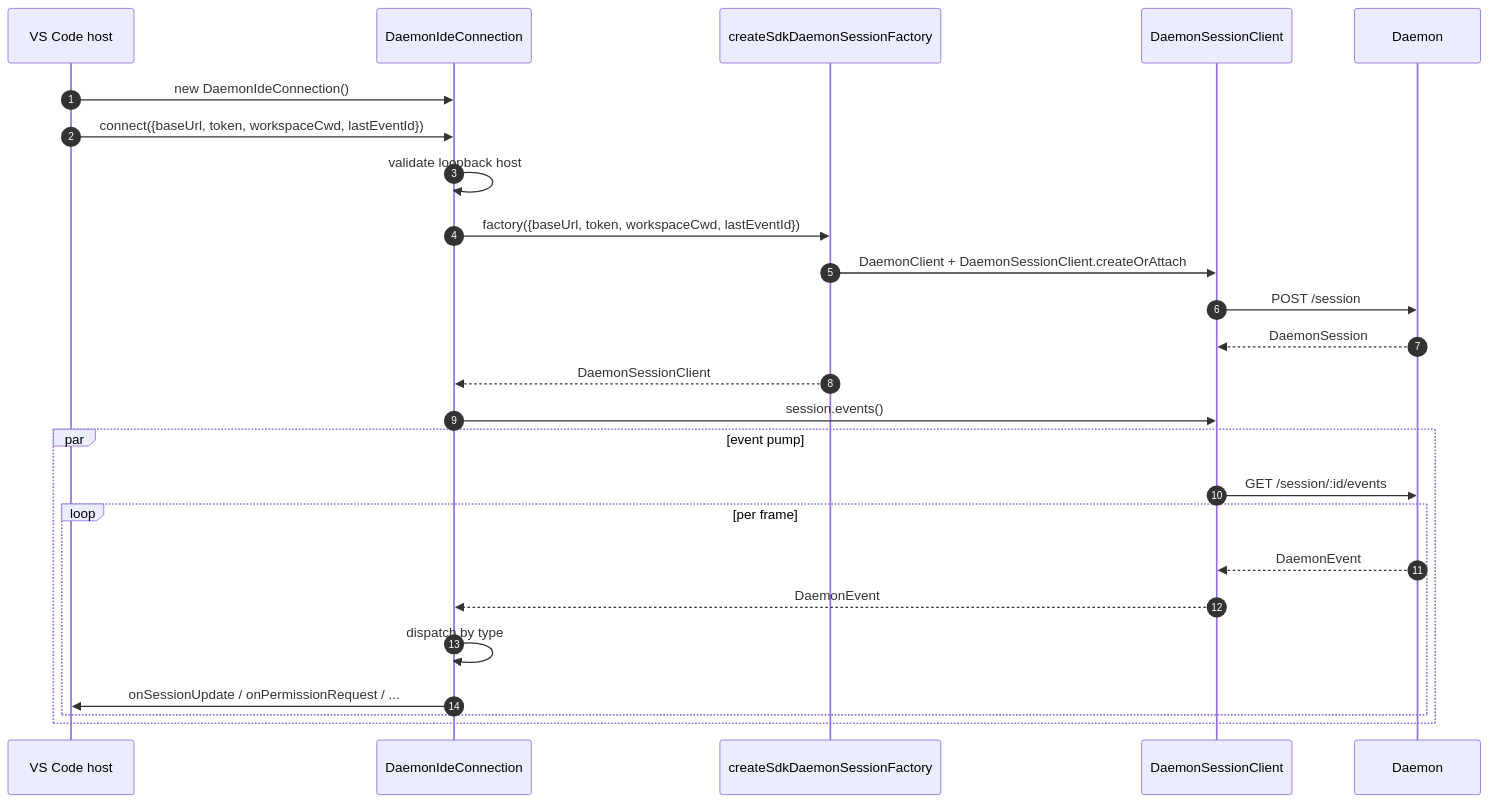
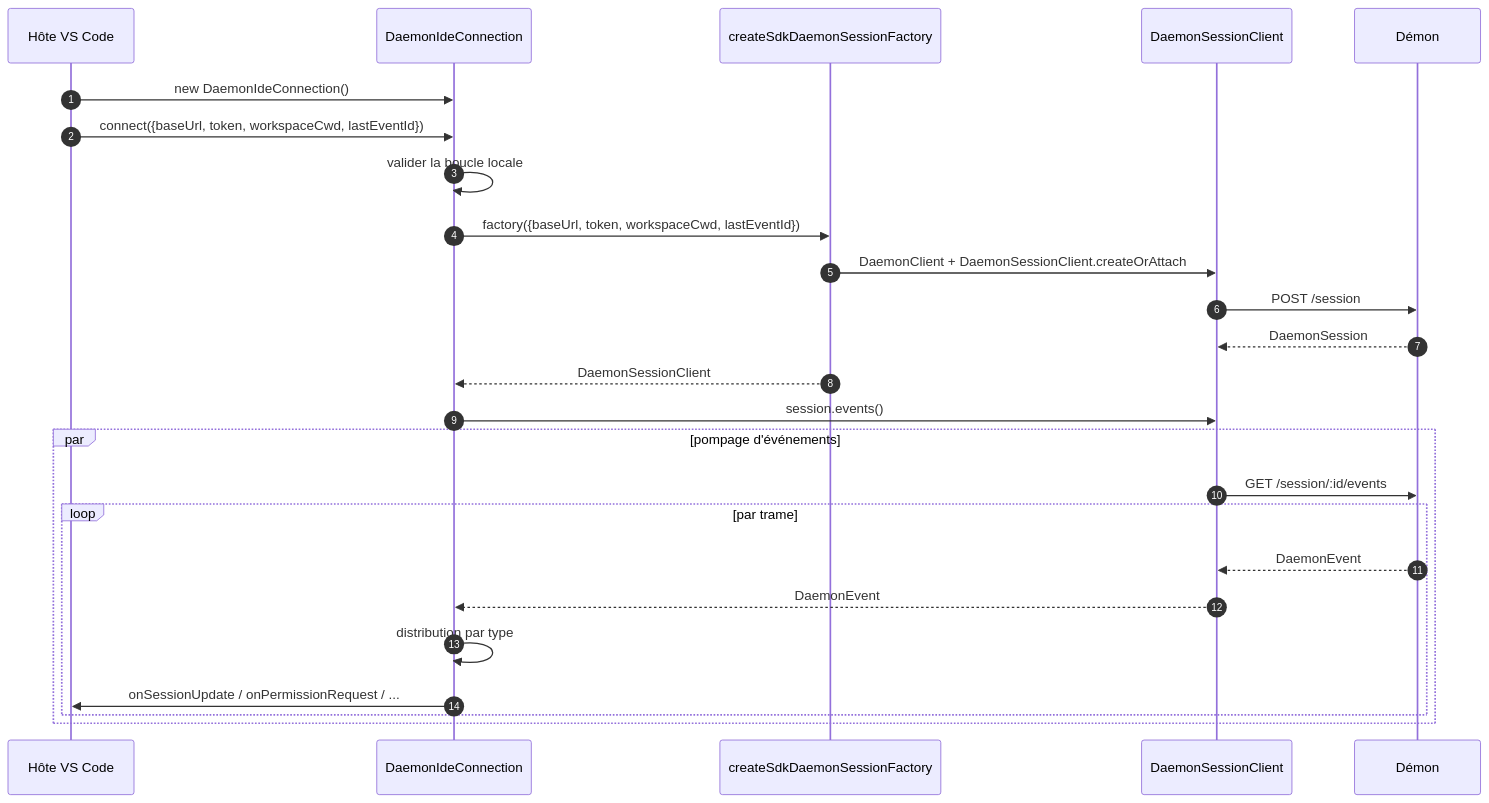
The first of 3 diagrams in website/content/fr/developers/daemon/16-vscode-ide-adapter.md (QwenLM/qwen-code-docs), drawn with Mermaid before and after one commit. The commit also changed other lines of this file and 1077 other files, not shown here.

````diff
--- a/website/content/fr/developers/daemon/16-vscode-ide-adapter.md
+++ b/website/content/fr/developers/daemon/16-vscode-ide-adapter.md
@@ -97,28 +96,28 @@
 ```mermaid
 sequenceDiagram
     autonumber
-    participant H as VS Code host
+    participant H as Hôte VS Code
     participant C as DaemonIdeConnection
     participant F as createSdkDaemonSessionFactory
     participant SDK as DaemonSessionClient
-    participant D as Daemon
+    participant D as Démon
 
     H->>C: new DaemonIdeConnection()
     H->>C: connect({baseUrl, token, workspaceCwd, lastEventId})
-    C->>C: validate loopback host
+    C->>C: valider la boucle locale
     C->>F: factory({baseUrl, token, workspaceCwd, lastEventId})
     F->>SDK: DaemonClient + DaemonSessionClient.createOrAttach
     SDK->>D: POST /session
     D-->>SDK: DaemonSession
     F-->>C: DaemonSessionClient
     C->>SDK: session.events()
-    par event pump
+    par pompage d'événements
         SDK->>D: GET /session/:id/events
-        loop per frame
+        loop par trame
             D-->>SDK: DaemonEvent
             SDK-->>C: DaemonEvent
-            C->>C: dispatch by type
+            C->>C: distribution par type
             C->>H: onSessionUpdate / onPermissionRequest / ...
         end
     end
 ```
````
